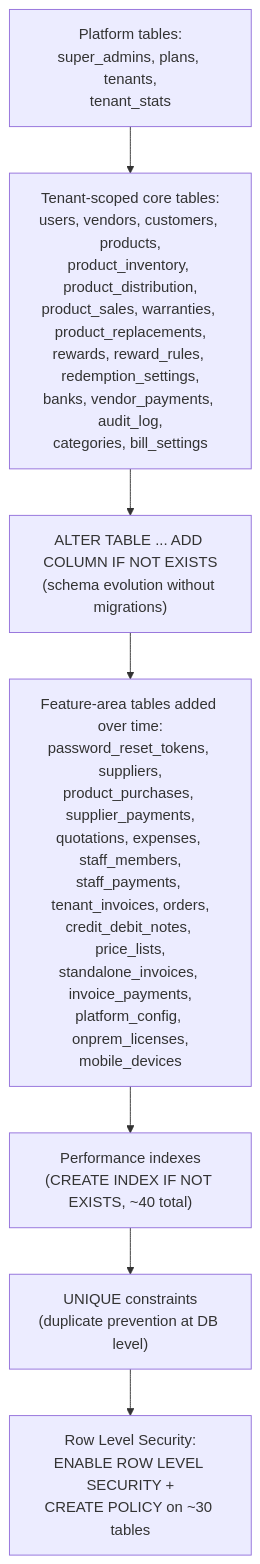
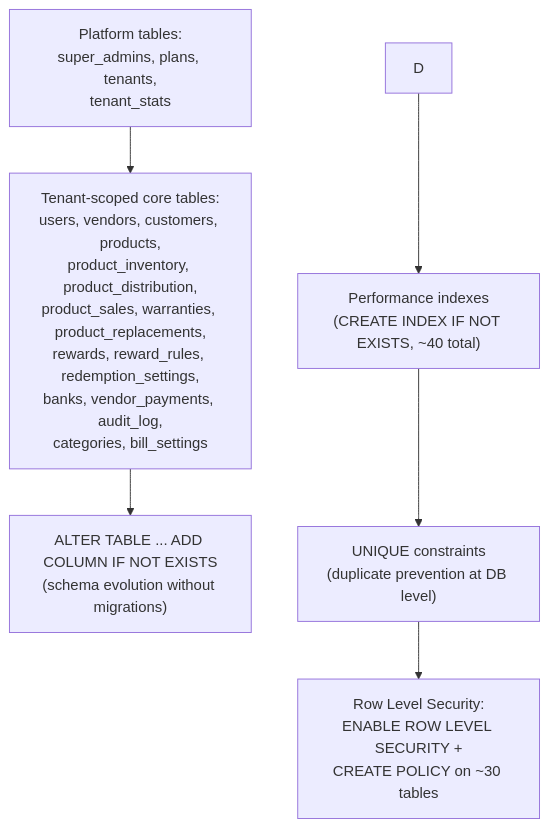
The first of 2 diagrams in engineering-academy/docs/backend/pg-db.md (prathame/DG-ERP), drawn with Mermaid before and after one commit. The commit also changed 65 other files, not shown here.

````diff
--- a/engineering-academy/docs/backend/pg-db.md
+++ b/engineering-academy/docs/backend/pg-db.md
@@ -84,9 +84,8 @@
 ```mermaid
 flowchart TD
     A["Platform tables:\nsuper_admins, plans, tenants,\ntenant_stats"] --> B["Tenant-scoped core tables:\nusers, vendors, customers, products,\nproduct_inventory, product_distribution,\nproduct_sales, warranties, product_replacements,\nrewards, reward_rules, redemption_settings,\nbanks, vendor_payments, audit_log,\ncategories, bill_settings"]
     B --> C["ALTER TABLE ... ADD COLUMN IF NOT EXISTS\n(schema evolution without migrations)"]
-    C --> D["Feature-area tables added over time:\npassword_reset_tokens, suppliers,\nproduct_purchases, supplier_payments,\nquotations, expenses, staff_members,\nstaff_payments, tenant_invoices, orders,\ncredit_debit_notes, price_lists,\nstandalone_invoices, invoice_payments,\nplatform_config, onprem_licenses,\nmobile_devices"]
     D --> E["Performance indexes\n(CREATE INDEX IF NOT EXISTS, ~40 total)"]
     E --> F["UNIQUE constraints\n(duplicate prevention at DB level)"]
     F --> G["Row Level Security:\nENABLE ROW LEVEL SECURITY +\nCREATE POLICY on ~30 tables"]
 ```
````
